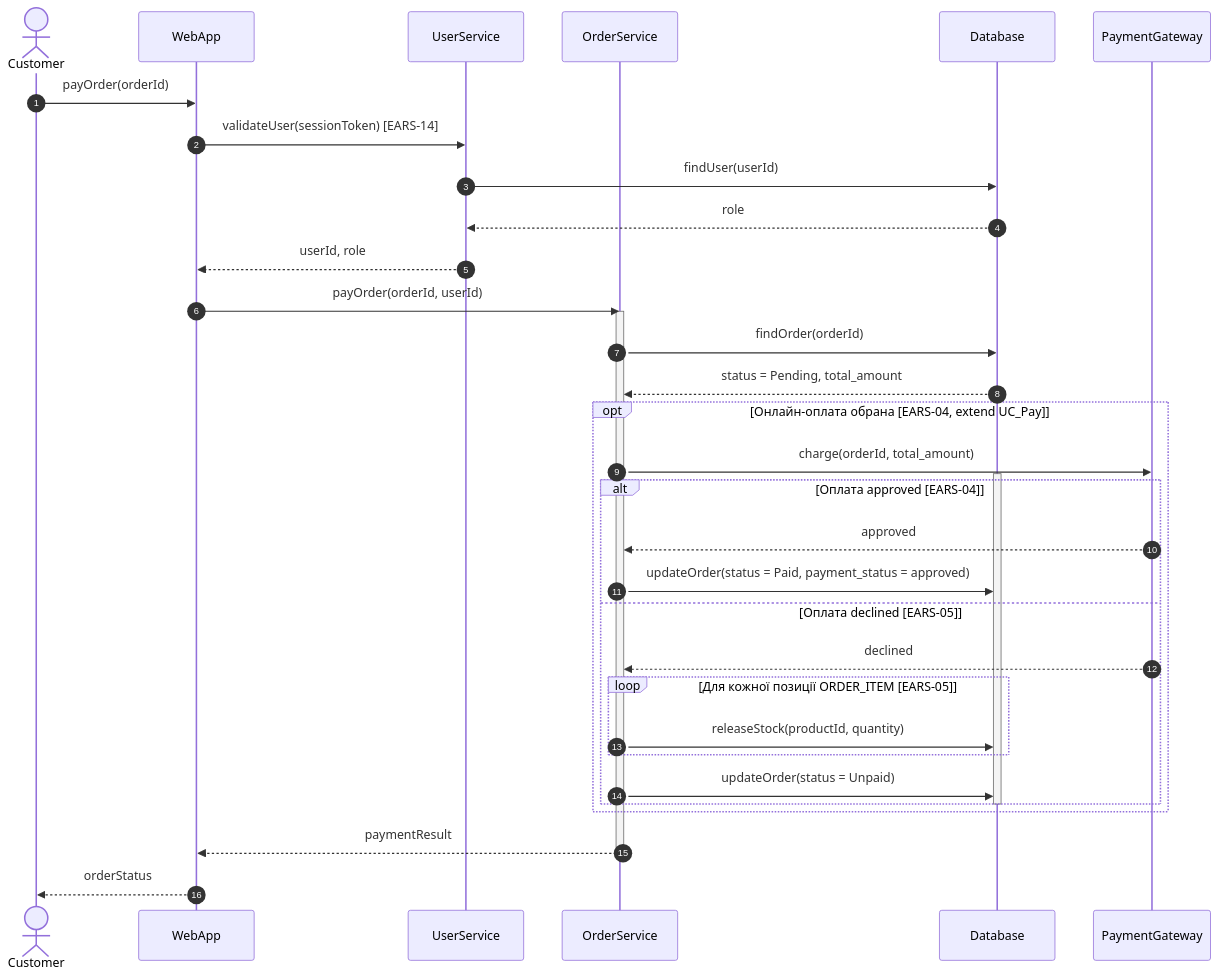
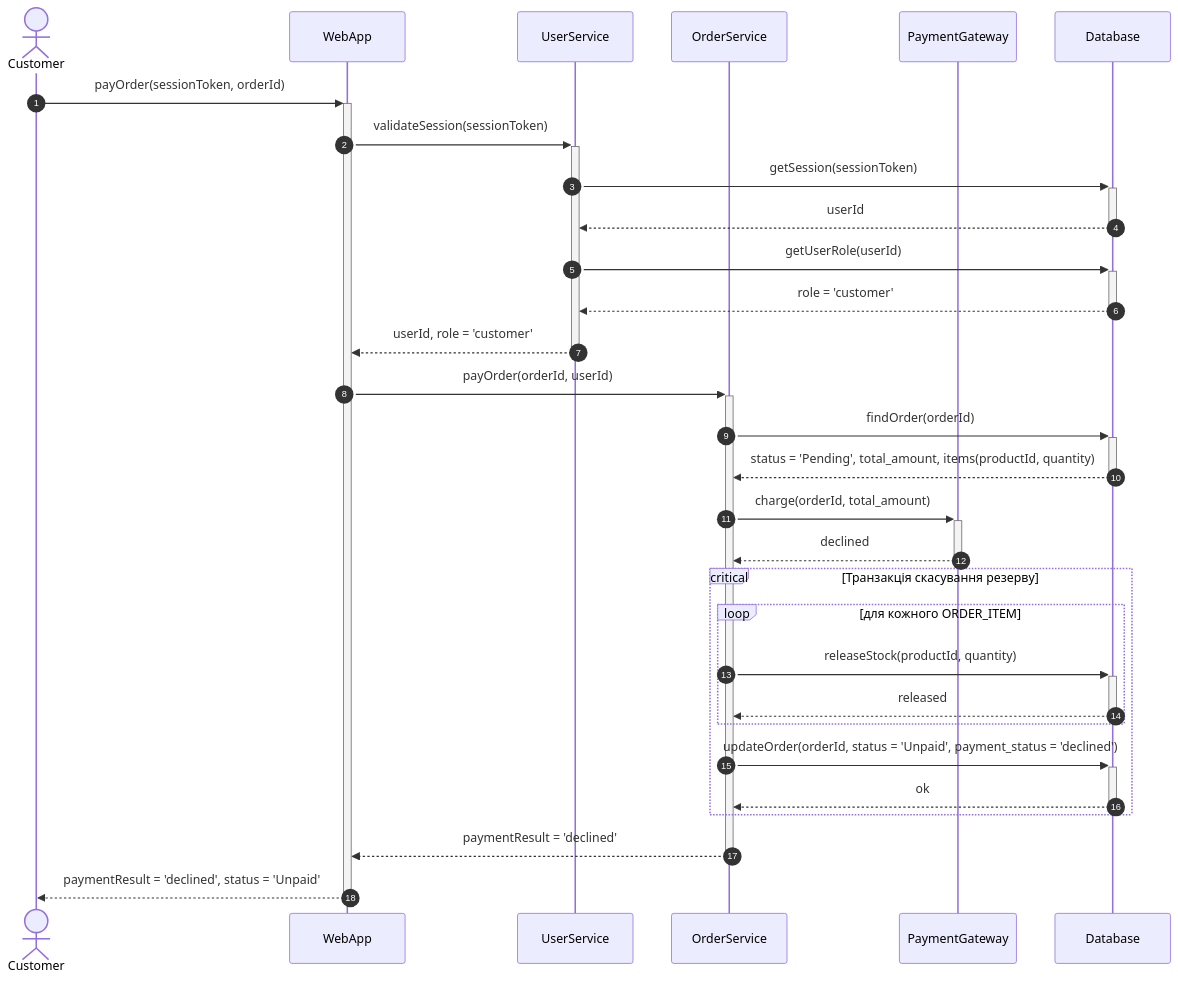
Before and after one commit to Stefect/Modeling-and-Analysis-of-Software-Requirements: the third of 4 diagrams in task-3/sequence.md, drawn with Mermaid. The commit also changed other lines of this file and 6 other files, not shown here.

````diff
--- a/task-3/sequence.md
+++ b/task-3/sequence.md
@@ -56,38 +96,33 @@
 ```mermaid
 sequenceDiagram
     autonumber
     actor Customer
     participant WebApp
     participant UserService
     participant OrderService
+    participant PaymentGateway
     participant Database
-    participant PaymentGateway
 
-    Customer->>WebApp: payOrder(orderId)
-    WebApp->>UserService: validateUser(sessionToken) [EARS-14]
-    UserService->>Database: findUser(userId)
-    Database-->>UserService: role
-    UserService-->>WebApp: userId, role
-    WebApp->>OrderService: payOrder(orderId, userId)
-    activate OrderService
-    OrderService->>Database: findOrder(orderId)
-    Database-->>OrderService: status = Pending, total_amount
-    opt Онлайн-оплата обрана [EARS-04, extend UC_Pay]
-        OrderService->>PaymentGateway: charge(orderId, total_amount)
-        activate Database
-        alt Оплата approved [EARS-04]
-            PaymentGateway-->>OrderService: approved
-            OrderService->>Database: updateOrder(status = Paid, payment_status = approved)
-        else Оплата declined [EARS-05]
-            PaymentGateway-->>OrderService: declined
-            loop Для кожної позиції ORDER_ITEM [EARS-05]
-                OrderService->>Database: releaseStock(productId, quantity)
-            end
-            OrderService->>Database: updateOrder(status = Unpaid)
+    Customer->>+WebApp: payOrder(sessionToken, orderId)
+    WebApp->>+UserService: validateSession(sessionToken)
+    UserService->>+Database: getSession(sessionToken)
+    Database-->>-UserService: userId
+    UserService->>+Database: getUserRole(userId)
+    Database-->>-UserService: role = 'customer'
+    UserService-->>-WebApp: userId, role = 'customer'
+    WebApp->>+OrderService: payOrder(orderId, userId)
+    OrderService->>+Database: findOrder(orderId)
+    Database-->>-OrderService: status = 'Pending', total_amount, items(productId, quantity)
+    OrderService->>+PaymentGateway: charge(orderId, total_amount)
+    PaymentGateway-->>-OrderService: declined
+    critical Транзакція скасування резерву
+        loop для кожного ORDER_ITEM
+            OrderService->>+Database: releaseStock(productId, quantity)
+            Database-->>-OrderService: released
         end
-        deactivate Database
+        OrderService->>+Database: updateOrder(orderId, status = 'Unpaid', payment_status = 'declined')
+        Database-->>-OrderService: ok
     end
-    OrderService-->>WebApp: paymentResult
-    deactivate OrderService
-    WebApp-->>Customer: orderStatus
+    OrderService-->>-WebApp: paymentResult = 'declined'
+    WebApp-->>-Customer: paymentResult = 'declined', status = 'Unpaid'
 ```
````
